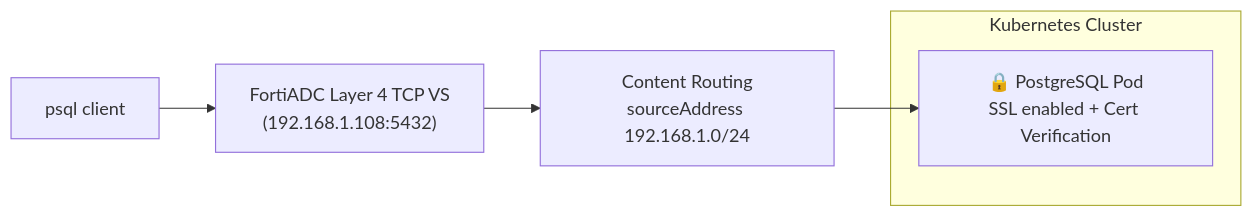
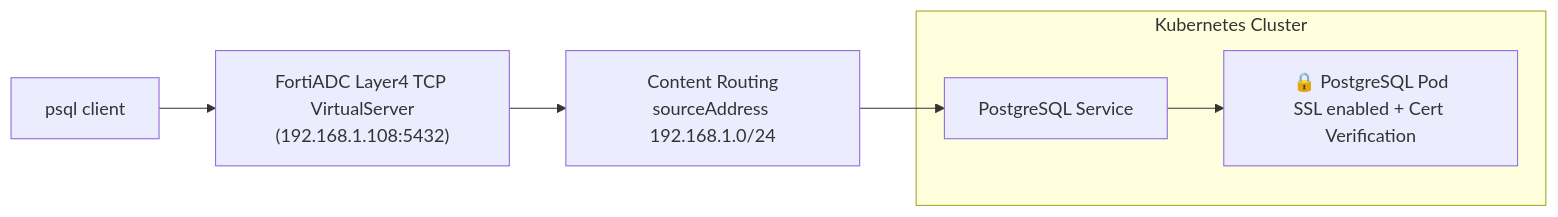
The second of 2 diagrams in README.md (YuTingLais/fortiadc-kubernetes-controller), drawn with Mermaid before and after one commit. The commit also changed other lines of this file and 6 other files, not shown here.

Commit message:
update charts 591

````diff
--- a/README.md
+++ b/README.md
@@ -320,10 +326,13 @@
 ```mermaid
 flowchart LR
+
   subgraph "Kubernetes Cluster"
+    pgsvc["PostgreSQL Service"]
     sslpg["🔒 PostgreSQL Pod<br>SSL enabled + Cert Verification"]
+    pgsvc --> sslpg
   end
 
-  client["psql client"] --> l4vs["FortiADC Layer 4 TCP VS<br>(192.168.1.108:5432)"]
+  client["psql client"] --> l4vs["FortiADC Layer4 TCP VirtualServer<br>(192.168.1.108:5432)"]
   l4vs --> route["Content Routing<br>sourceAddress 192.168.1.0/24"]
-  route --> sslpg
+  route --> pgsvc
 ```
````
